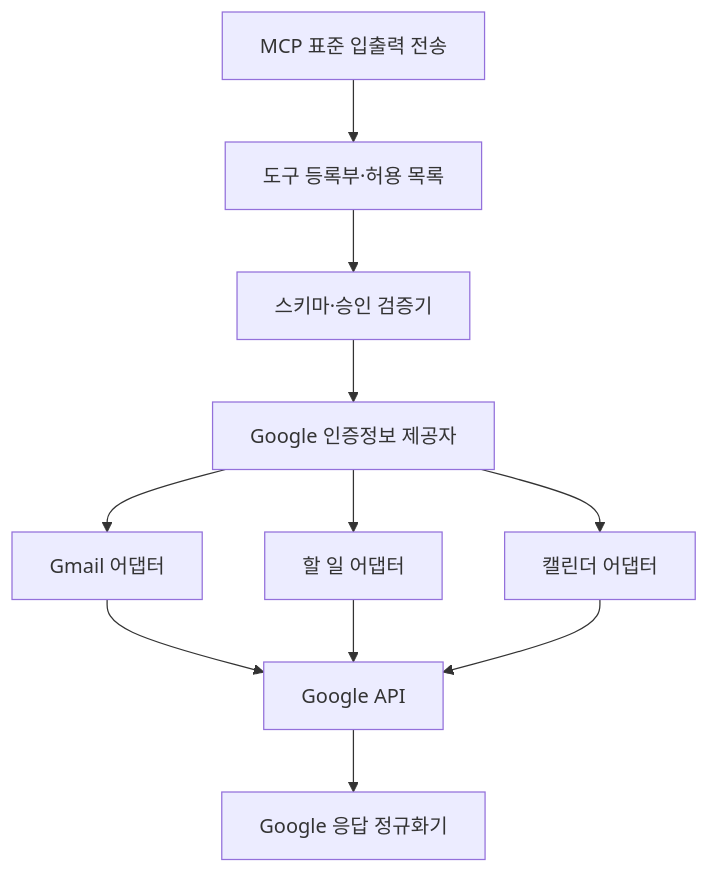
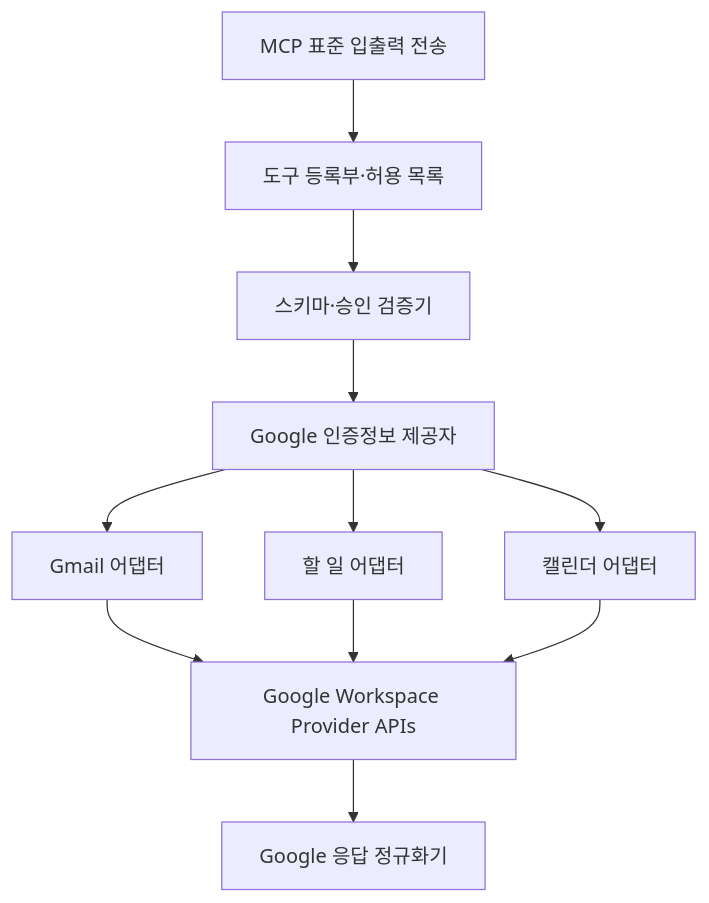
One commit to solar-ai-dev/google-work-agent changed the seventh of 16 diagrams in docs/03-system-architecture.md. Above: the diagram before and after it, drawn with Mermaid. The commit also changed other lines of this file and 22 other files, not shown here.

````diff
--- a/docs/03-system-architecture.md
+++ b/docs/03-system-architecture.md
@@ -666,13 +975,13 @@
 ```mermaid
 flowchart TB
     STD["MCP 표준 입출력 전송"] --> REG["도구 등록부·허용 목록"]
     REG --> VAL["스키마·승인 검증기"]
     VAL --> AUTH["Google 인증정보 제공자"]
     AUTH --> GML["Gmail 어댑터"]
     AUTH --> TSK["할 일 어댑터"]
     AUTH --> CAL["캘린더 어댑터"]
-    GML --> API["Google API"]
+    GML --> API["Google Workspace Provider APIs"]
     TSK --> API
     CAL --> API
     API --> NORM["Google 응답 정규화기"]
 ```
````
